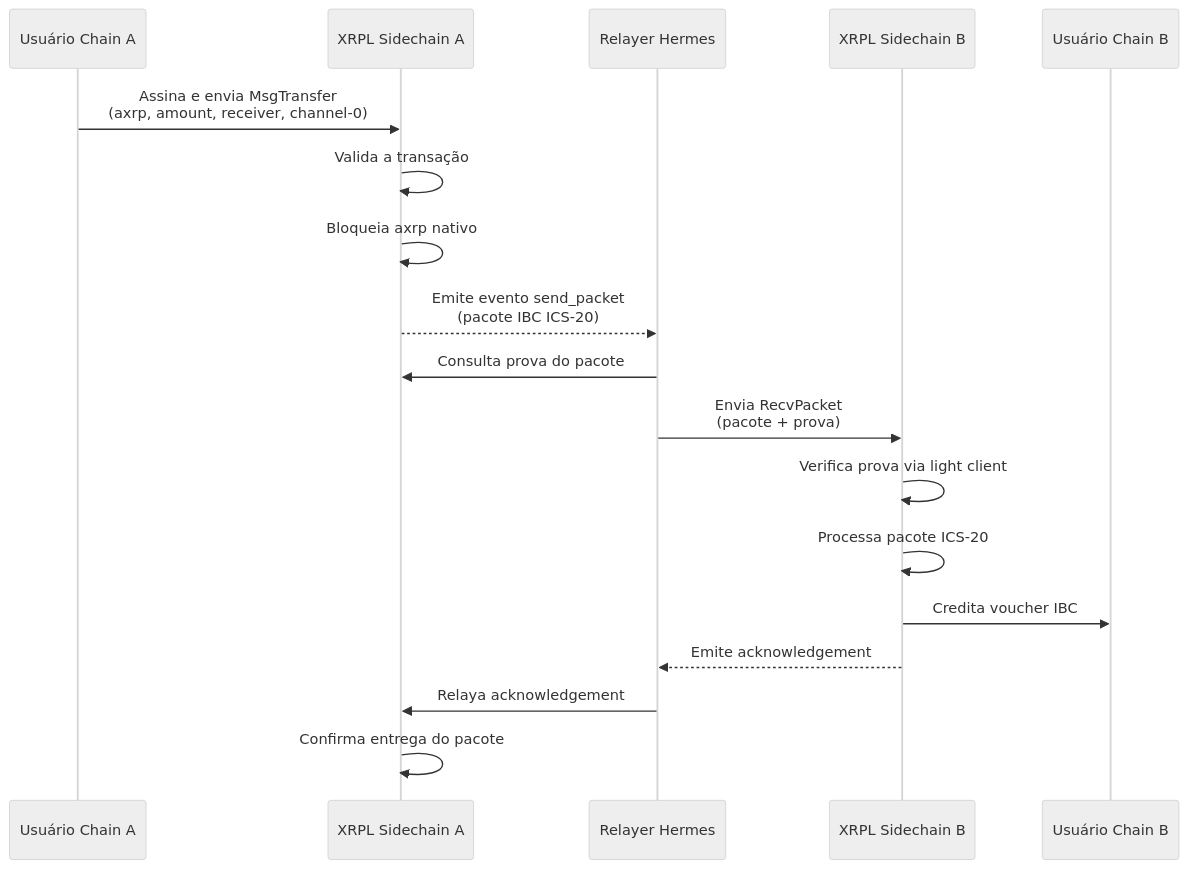
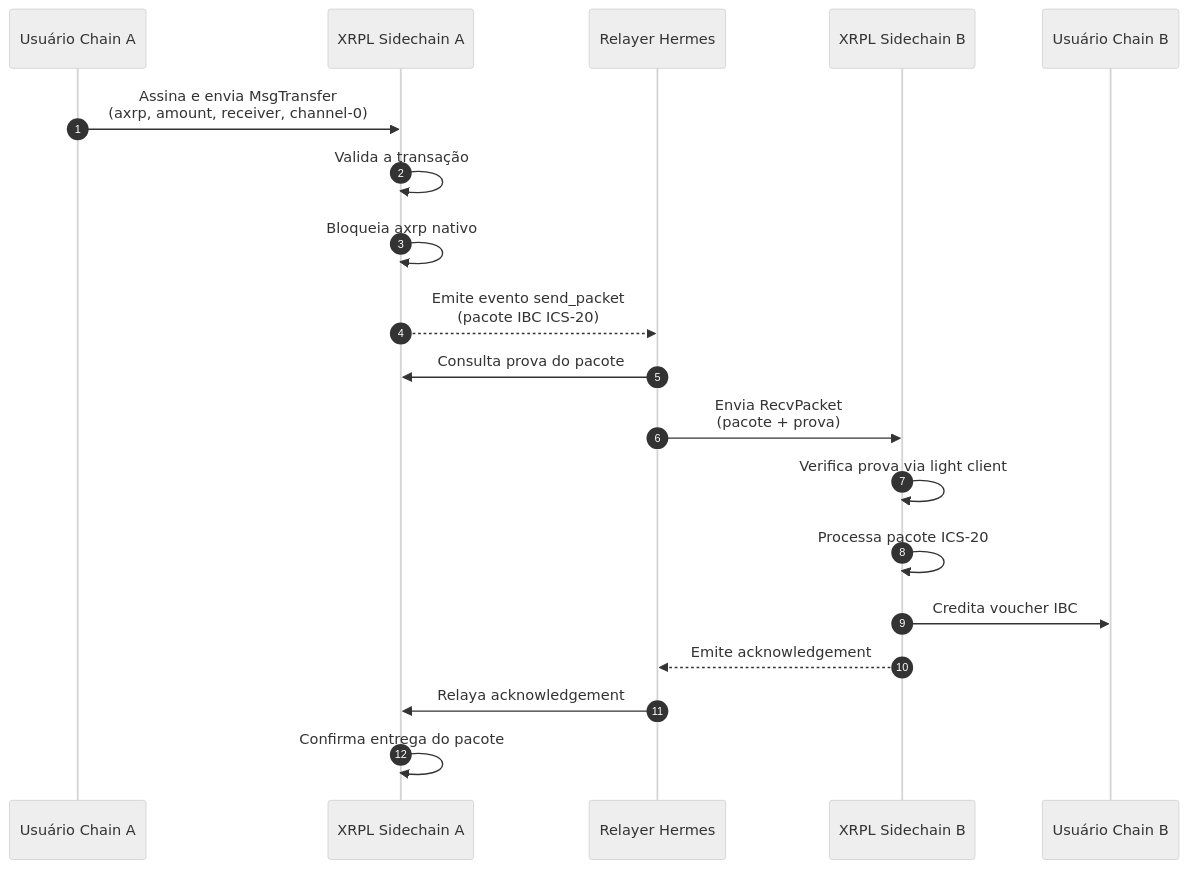
One commit to mauriciopillon/didproject changed the diagram in xrpl-sidechain-local/readme.md. Above: the diagram before and after it, drawn with Mermaid (neutral theme). The commit also changed 1 other file, not shown here.

Commit message:
added autonumber to sequence diagram

````diff
--- a/xrpl-sidechain-local/readme.md
+++ b/xrpl-sidechain-local/readme.md
@@ -134,26 +134,27 @@
 ```mermaid
 sequenceDiagram
+    autonumber
     participant UserA as Usuário Chain A
     participant ChainA as XRPL Sidechain A
     participant Hermes as Relayer Hermes
     participant ChainB as XRPL Sidechain B
     participant UserB as Usuário Chain B
 
     UserA->>ChainA: Assina e envia MsgTransfer<br/>(axrp, amount, receiver, channel-0)
 
     ChainA->>ChainA: Valida a transação
     ChainA->>ChainA: Bloqueia axrp nativo
     ChainA-->>Hermes: Emite evento send_packet<br/>(pacote IBC ICS-20)
 
     Hermes->>ChainA: Consulta prova do pacote
     Hermes->>ChainB: Envia RecvPacket<br/>(pacote + prova)
 
     ChainB->>ChainB: Verifica prova via light client
     ChainB->>ChainB: Processa pacote ICS-20
     ChainB->>UserB: Credita voucher IBC
 
     ChainB-->>Hermes: Emite acknowledgement
     Hermes->>ChainA: Relaya acknowledgement
 
     ChainA->>ChainA: Confirma entrega do pacote
 ```
````
